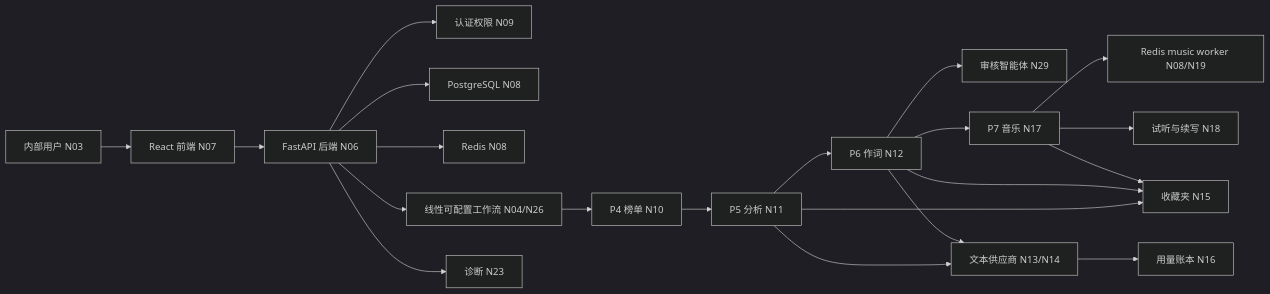
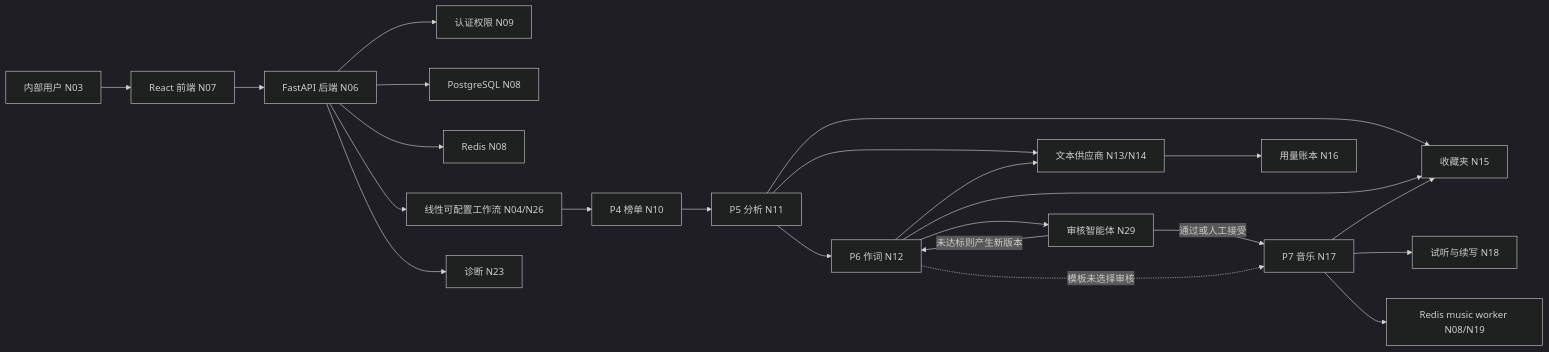
One commit to sunjiaxing520/SunJX changed the diagram in docs/notes/蓝乐_当前上下文速记.md. Above: the diagram before and after it, drawn with Mermaid (dark theme). The commit also changed other lines of this file and 19 other files, not shown here.

````diff
--- a/docs/notes/蓝乐_当前上下文速记.md
+++ b/docs/notes/蓝乐_当前上下文速记.md
@@ -67,23 +68,25 @@
 ```mermaid
 flowchart LR
     User["内部用户 N03"] --> UI["React 前端 N07"]
     UI --> API["FastAPI 后端 N06"]
     API --> Auth["认证权限 N09"]
     API --> DB["PostgreSQL N08"]
     API --> Redis["Redis N08"]
     API --> Flow["线性可配置工作流 N04/N26"]
     Flow --> Rank["P4 榜单 N10"]
     Rank --> Analysis["P5 分析 N11"]
     Analysis --> Lyrics["P6 作词 N12"]
     Lyrics --> Review["审核智能体 N29"]
-    Lyrics --> Music["P7 音乐 N17"]
+    Review -->|未达标则产生新版本| Lyrics
+    Review -->|通过或人工接受| Music["P7 音乐 N17"]
+    Lyrics -.->|模板未选择审核| Music
     Music --> RedisWorker["Redis music worker N08/N19"]
     Music --> Audition["试听与续写 N18"]
     Analysis --> Favorite["收藏夹 N15"]
     Lyrics --> Favorite
     Music --> Favorite
     Analysis --> Provider["文本供应商 N13/N14"]
     Lyrics --> Provider
     Provider --> Usage["用量账本 N16"]
     API --> Diagnostics["诊断 N23"]
 ```
````
